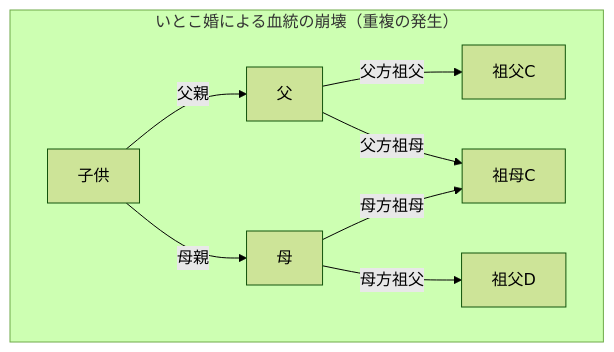
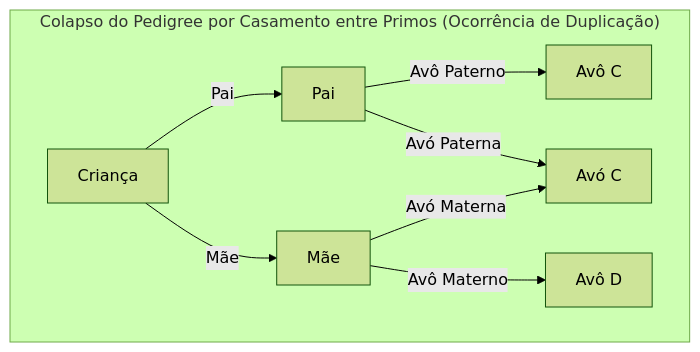
One commit to kenjinote/blog changed the second of 3 diagrams in content/post/pedigree-collapse/index.pt.md. Above: the diagram before and after it, drawn with Mermaid (forest theme). The commit also changed other lines of this file and 28 other files, not shown here.

Commit message:
Translate Japanese text inside Mermaid diagrams to respective languages

````diff
--- a/content/post/pedigree-collapse/index.pt.md
+++ b/content/post/pedigree-collapse/index.pt.md
@@ -64,11 +64,11 @@
 ```mermaid
 graph TD
-    subgraph "いとこ婚による血統の崩壊（重複の発生）"
-        A2["子供"] -->|"父親"| B3["父"]
-        A2 -->|"母親"| B4["母"]
-        B3 -->|"父方祖父"| C5["祖父C"]
-        B3 -->|"父方祖母"| C6["祖母C"]
-        B4 -->|"母方祖父"| C7["祖父D"]
-        B4 -->|"母方祖母"| C6
+    subgraph "Colapso do Pedigree por Casamento entre Primos (Ocorrência de Duplicação)"
+        A2["Criança"] -->|"Pai"| B3["Pai"]
+        A2 -->|"Mãe"| B4["Mãe"]
+        B3 -->|"Avô Paterno"| C5["Avô C"]
+        B3 -->|"Avó Paterna"| C6["Avó C"]
+        B4 -->|"Avô Materno"| C7["Avô D"]
+        B4 -->|"Avó Materna"| C6
     end
 ```
````
